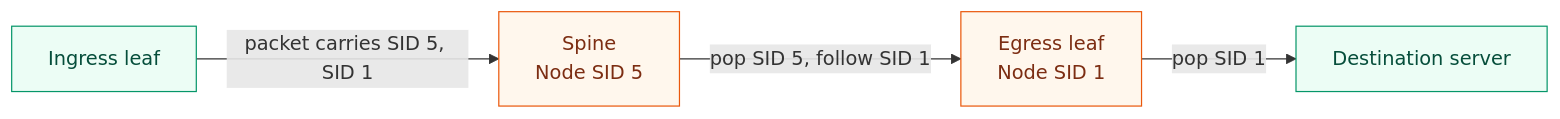
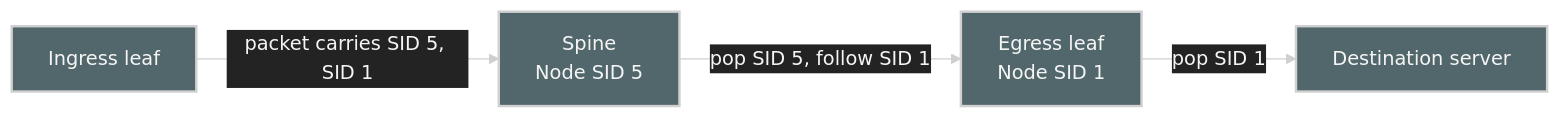
One commit to ziwon/ai-data-center-network changed the tenth of 11 diagrams in ai-data-center-network/chap08/README.md. Above: the diagram before and after it, drawn with Mermaid. The commit also changed other lines of this file and 35 other files, not shown here.

Commit message:
docs(mermaid): apply dark diagram style

````diff
--- a/ai-data-center-network/chap08/README.md
+++ b/ai-data-center-network/chap08/README.md
@@ -749,14 +758,15 @@
 ```mermaid
+%%{init: {"theme": "base", "themeVariables": {"background": "#171717", "primaryColor": "#232323", "primaryTextColor": "#f5f5f5", "primaryBorderColor": "#d0d0d0", "lineColor": "#cfcfcf", "fontFamily": "Inter, Arial, sans-serif"}}}%%
 flowchart LR
-    classDef node fill:#ecfdf5,stroke:#059669,color:#064e3b
-    classDef sid fill:#fff7ed,stroke:#ea580c,color:#7c2d12
+    classDef node fill:#52676b,stroke:#d0d0d0,color:#f5f5f5,stroke-width:2px;
+    classDef sid fill:#52676b,stroke:#d0d0d0,color:#f5f5f5,stroke-width:2px;
 
     I[Ingress leaf]:::node
     S[Spine<br/>Node SID 5]:::sid
     E[Egress leaf<br/>Node SID 1]:::sid
     D[Destination server]:::node
 
     I -->|packet carries SID 5, SID 1| S
     S -->|pop SID 5, follow SID 1| E
     E -->|pop SID 1| D
 ```
````
